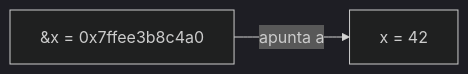
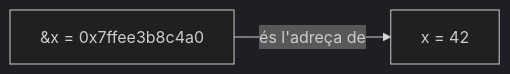
One commit to SO-UdL-EpS/course-site-igualada changed the first of 3 diagrams in blocs/01-espai-usuari/pralabs/01_c_mem.qmd. Above: the diagram before and after it, drawn with Mermaid (dark theme). The commit also changed other lines of this file, not shown here.

````diff
--- a/blocs/01-espai-usuari/pralabs/01_c_mem.qmd
+++ b/blocs/01-espai-usuari/pralabs/01_c_mem.qmd
@@ -118,5 +118,5 @@
 ```{mermaid}
 flowchart LR
     x["x = 42"]
-    a["&x = 0x7ffee3b8c4a0"] -->|"apunta a"| x
+    a["&x = 0x7ffee3b8c4a0"] -->|"és l'adreça de"| x
 ```
````
